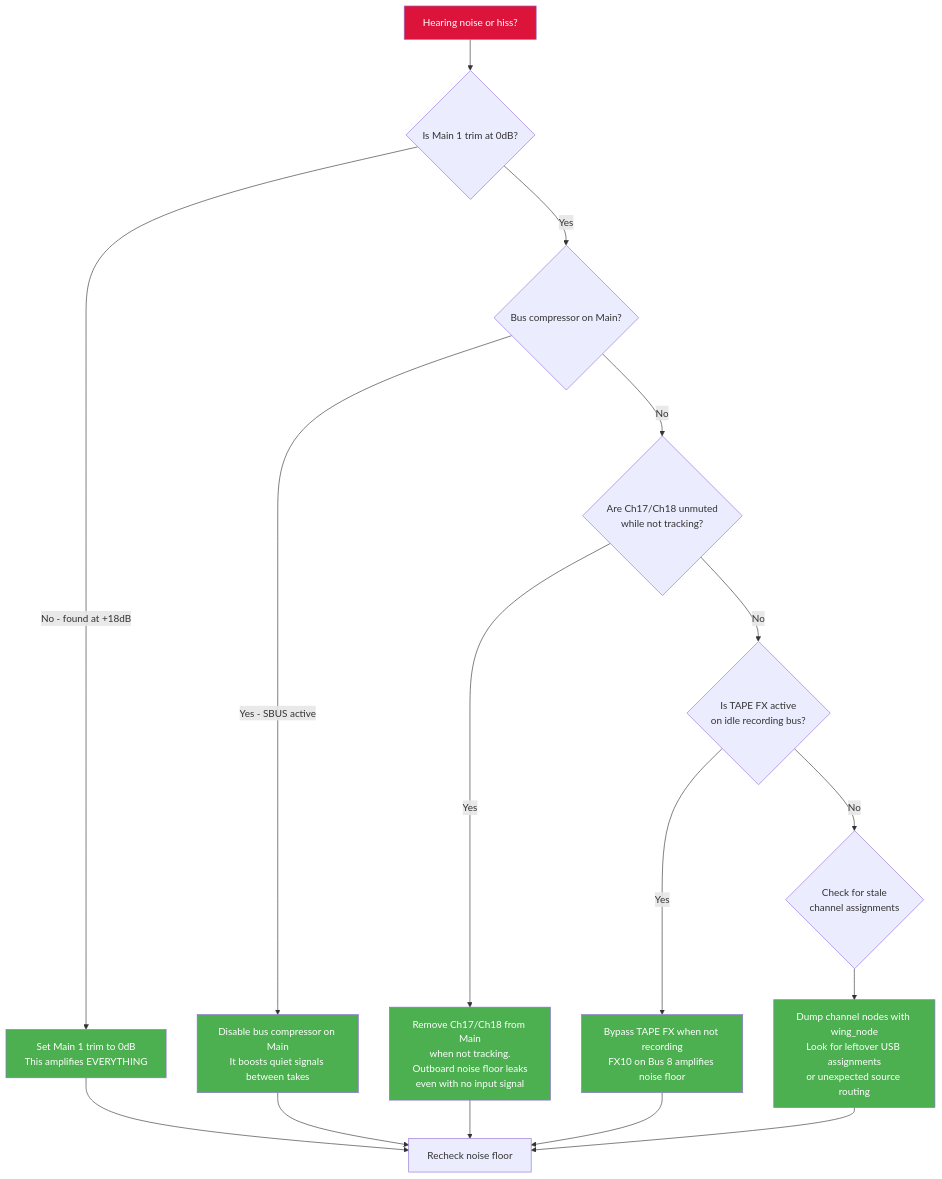
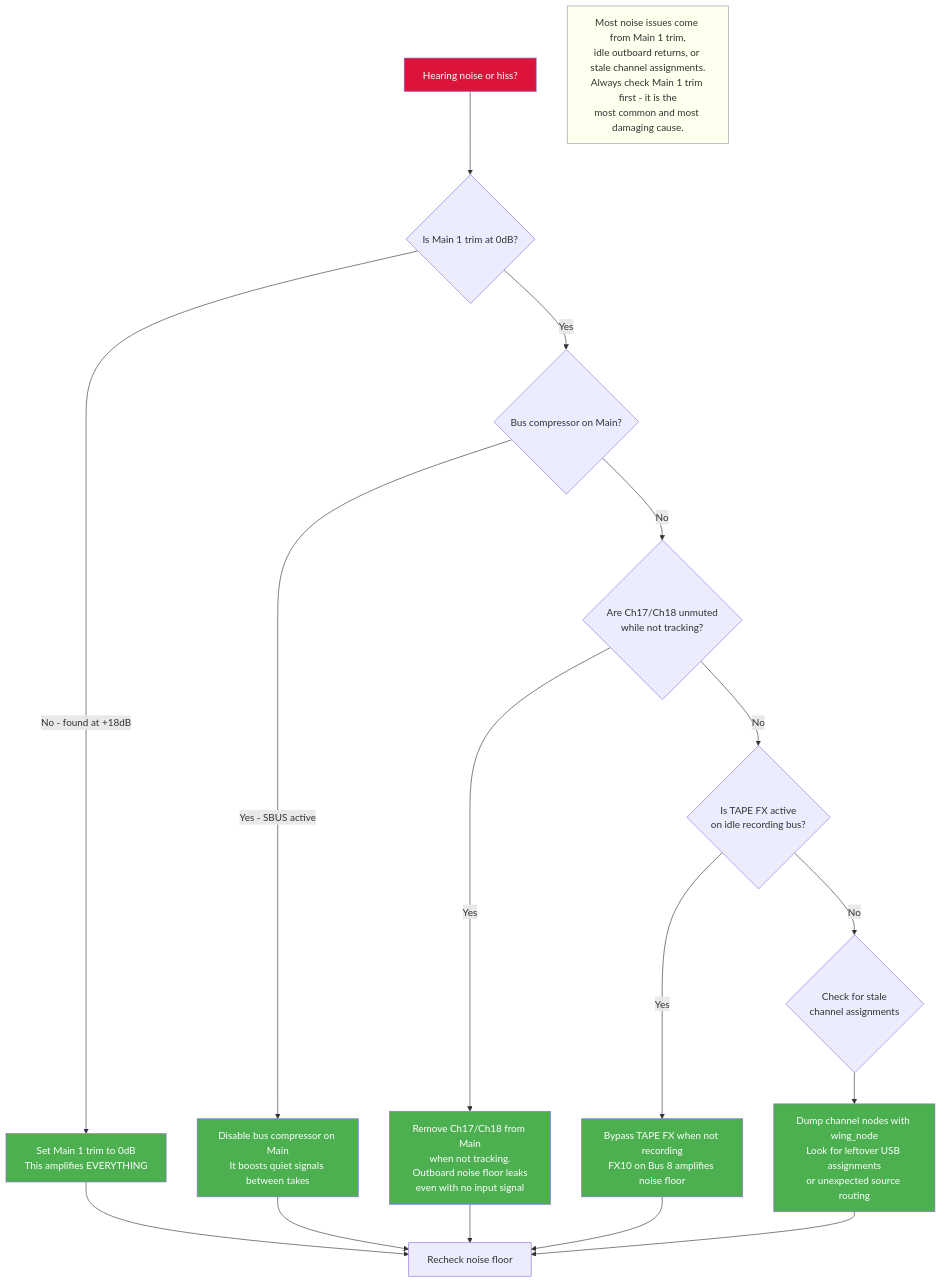
Before and after one commit to ldenman/studio-setup: diagram 12 of 19 in docs/diagrams.md, drawn with Mermaid. The commit also changed other lines of this file, not shown here.

First line of the commit message:
Add names to all bus/channel references, summary notes on every diagram

````diff
--- a/docs/diagrams.md
+++ b/docs/diagrams.md
@@ -442,30 +461,33 @@
 ```mermaid
 flowchart TD
     START[Hearing noise or hiss?] --> Q1{Is Main 1 trim at 0dB?}
     Q1 -->|No - found at +18dB| FIX1[Set Main 1 trim to 0dB<br/>This amplifies EVERYTHING]
     Q1 -->|Yes| Q2{Bus compressor on Main?}
 
     Q2 -->|Yes - SBUS active| FIX2[Disable bus compressor on Main<br/>It boosts quiet signals between takes]
     Q2 -->|No| Q3{Are Ch17/Ch18 unmuted<br/>while not tracking?}
 
     Q3 -->|Yes| FIX3[Remove Ch17/Ch18 from Main<br/>when not tracking.<br/>Outboard noise floor leaks<br/>even with no input signal]
     Q3 -->|No| Q4{Is TAPE FX active<br/>on idle recording bus?}
 
     Q4 -->|Yes| FIX4[Bypass TAPE FX when not recording<br/>FX10 on Bus 8 amplifies noise floor]
     Q4 -->|No| Q5{Check for stale<br/>channel assignments}
 
     Q5 --> FIX5[Dump channel nodes with wing_node<br/>Look for leftover USB assignments<br/>or unexpected source routing]
 
     FIX1 --> RECHECK[Recheck noise floor]
     FIX2 --> RECHECK
     FIX3 --> RECHECK
     FIX4 --> RECHECK
     FIX5 --> RECHECK
 
+    NOTE[Most noise issues come from Main 1 trim,<br/>idle outboard returns, or stale channel assignments.<br/>Always check Main 1 trim first - it is the<br/>most common and most damaging cause.]
+
+    style NOTE fill:#ffe,stroke:#999
     style START fill:#DC143C,color:#fff
     style FIX1 fill:#4CAF50,color:#fff
     style FIX2 fill:#4CAF50,color:#fff
     style FIX3 fill:#4CAF50,color:#fff
     style FIX4 fill:#4CAF50,color:#fff
     style FIX5 fill:#4CAF50,color:#fff
 ```
````
